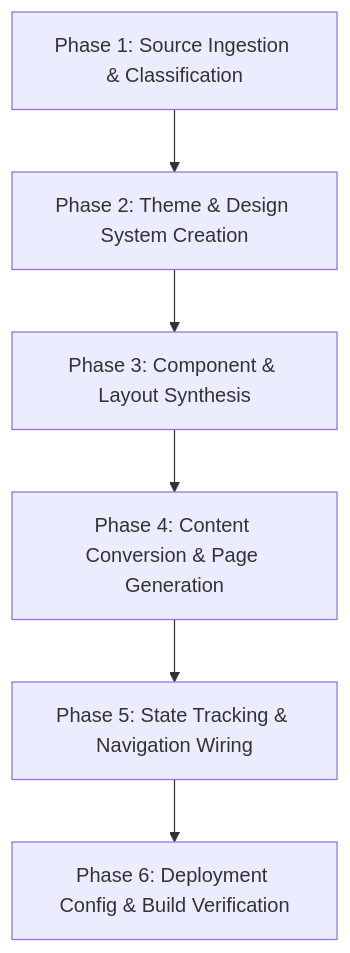
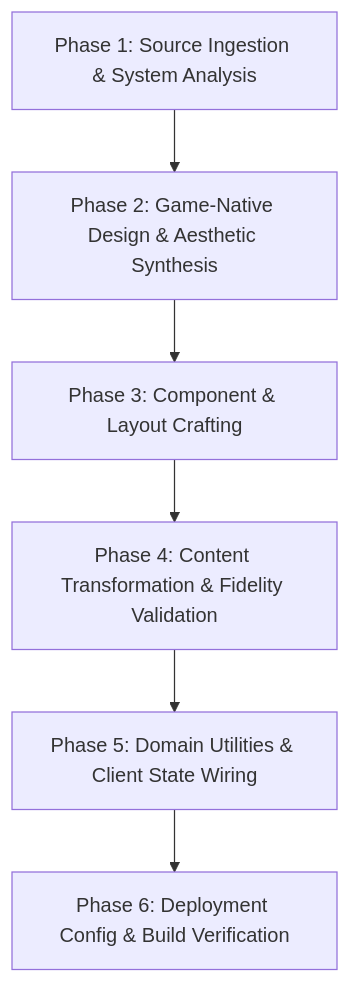
Before and after one commit to ronwindy/dissidia-012-guide: the diagram in GAME_GUIDE_BLUEPRINT.md, drawn with Mermaid. The commit also changed other lines of this file and 23 other files, not shown here.

````diff
--- a/GAME_GUIDE_BLUEPRINT.md
+++ b/GAME_GUIDE_BLUEPRINT.md
@@ -78,8 +95,9 @@
 ```mermaid
 flowchart TD
-    P1[Phase 1: Source Ingestion & Classification] --> P2[Phase 2: Theme & Design System Creation]
-    P2 --> P3[Phase 3: Component & Layout Synthesis]
-    P3 --> P4[Phase 4: Content Conversion & Page Generation]
-    P4 --> P5[Phase 5: State Tracking & Navigation Wiring]
+    P1[Phase 1: Source Ingestion & System Analysis] --> P2[Phase 2: Game-Native Design & Aesthetic Synthesis]
+    P2 --> P3[Phase 3: Component & Layout Crafting]
+    P3 --> P4[Phase 4: Content Transformation & Fidelity Validation]
+    P4 --> P5[Phase 5: Domain Utilities & Client State Wiring]
     P5 --> P6[Phase 6: Deployment Config & Build Verification]
+
 ```
````
